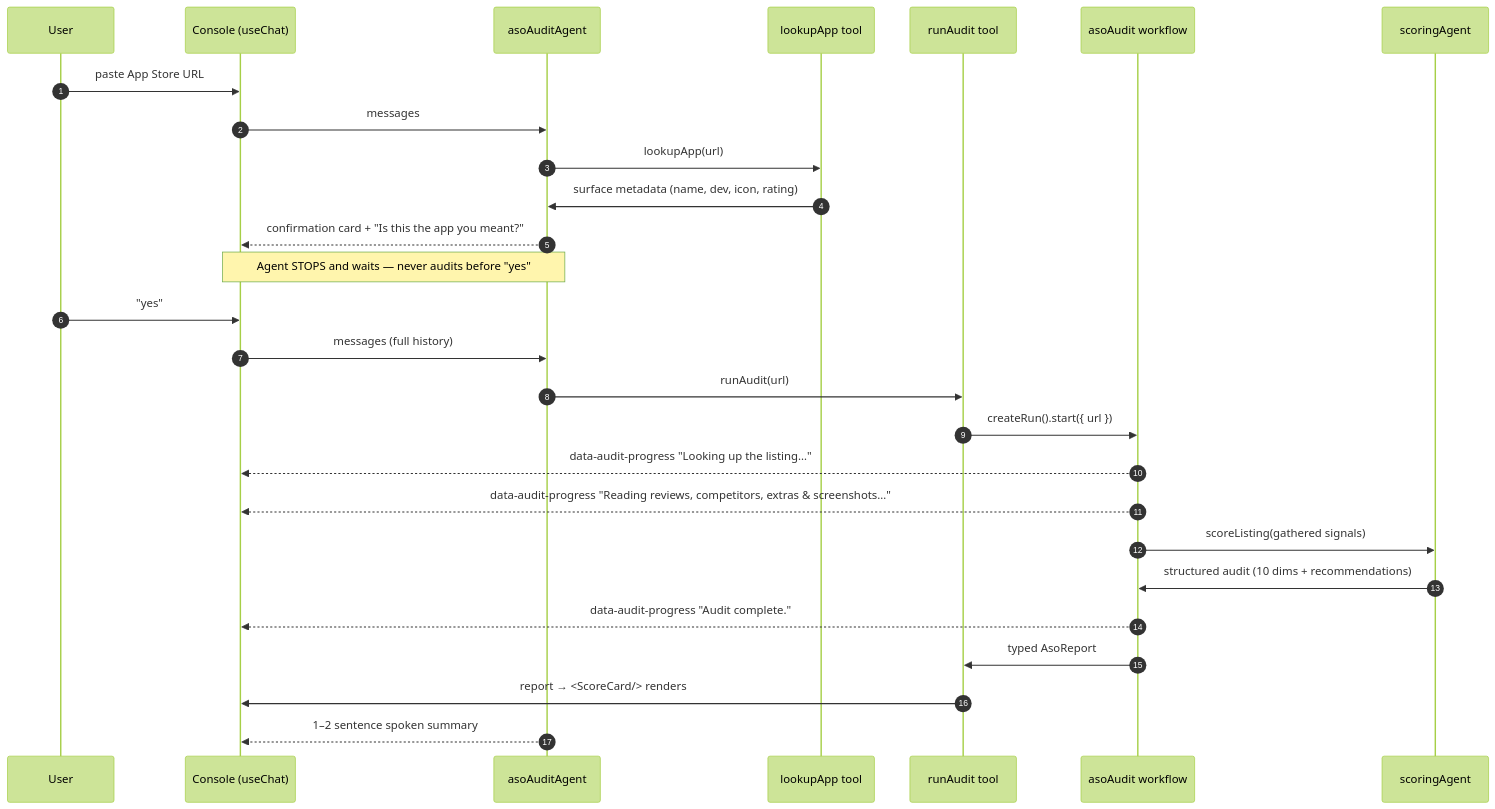
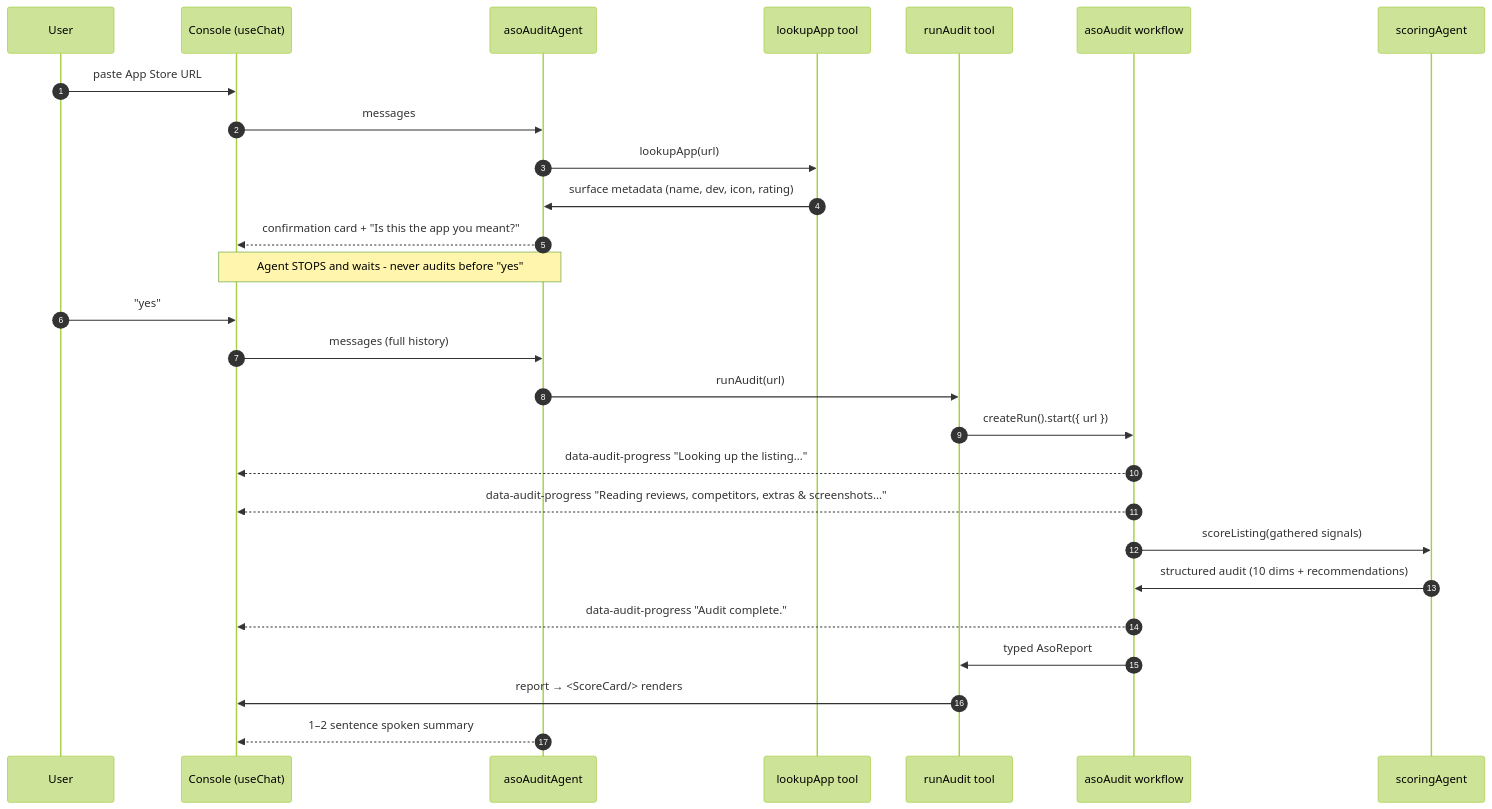
Before and after one commit to coolman-97/ASO-Audit-Agent: the second of 3 diagrams in README.md, drawn with Mermaid (forest theme). The commit also changed other lines of this file and 19 other files, not shown here.

First line of the commit message:
Rewrite WALKTHROUGH.md as a flowing storytelling script; replace em dashes with hyphens project-wide

````diff
--- a/README.md
+++ b/README.md
@@ -134,31 +134,31 @@
 ```mermaid
 sequenceDiagram
     autonumber
     participant U as User
     participant UI as Console (useChat)
     participant A as asoAuditAgent
     participant L as lookupApp tool
     participant R as runAudit tool
     participant W as asoAudit workflow
     participant S as scoringAgent
 
     U->>UI: paste App Store URL
     UI->>A: messages
     A->>L: lookupApp(url)
     L->>A: surface metadata (name, dev, icon, rating)
     A-->>UI: confirmation card + "Is this the app you meant?"
-    Note over A,UI: Agent STOPS and waits — never audits before "yes"
+    Note over A,UI: Agent STOPS and waits - never audits before "yes"
 
     U->>UI: "yes"
     UI->>A: messages (full history)
     A->>R: runAudit(url)
     R->>W: createRun().start({ url })
     W-->>UI: data-audit-progress  "Looking up the listing…"
     W-->>UI: data-audit-progress  "Reading reviews, competitors, extras & screenshots…"
     W->>S: scoreListing(gathered signals)
     S->>W: structured audit (10 dims + recommendations)
     W-->>UI: data-audit-progress  "Audit complete."
     W->>R: typed AsoReport
     R->>UI: report → <ScoreCard/> renders
     A-->>UI: 1–2 sentence spoken summary
 ```
````
